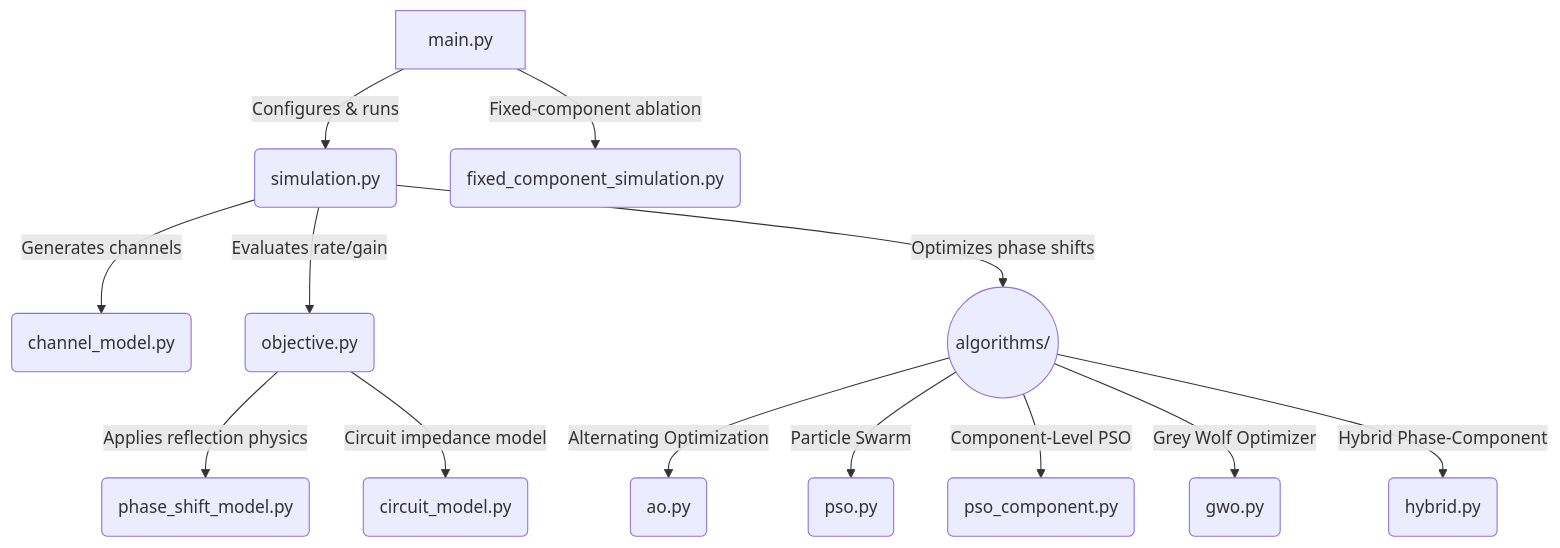
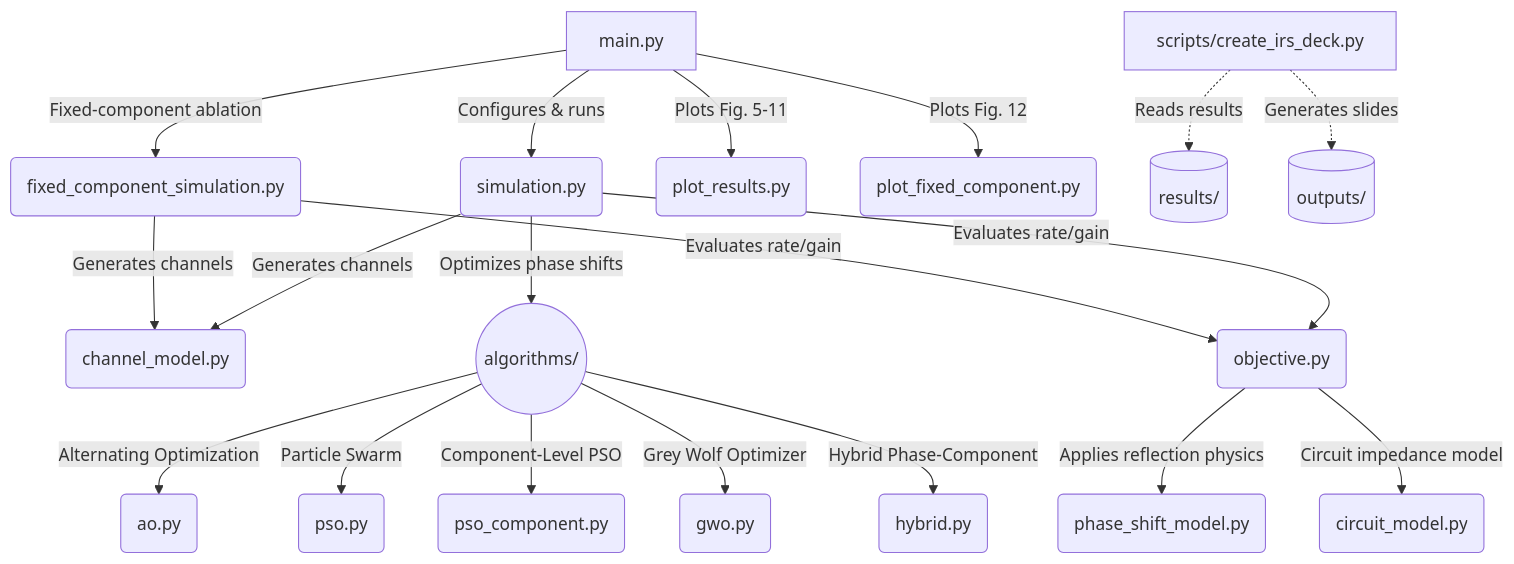
The diagram in README.md (tuankhai1/IRS-PHASE-SHIFT-OPTIMIZATION), drawn with Mermaid before and after one commit. The commit also changed other lines of this file, not shown here.

````diff
--- a/README.md
+++ b/README.md
@@ -322,18 +322,26 @@
 ```mermaid
 graph TD
     A[main.py] -->|Configures & runs| B(simulation.py)
     A -->|Fixed-component ablation| B2(fixed_component_simulation.py)
+    A -->|Plots Fig. 5-11| P(plot_results.py)
+    A -->|Plots Fig. 12| P2(plot_fixed_component.py)
 
     B -->|Generates channels| C(channel_model.py)
     B -->|Evaluates rate/gain| D(objective.py)
     B -->|Optimizes phase shifts| E((algorithms/))
+
+    B2 -->|Generates channels| C
+    B2 -->|Evaluates rate/gain| D
 
     D -->|Applies reflection physics| F(phase_shift_model.py)
     D -->|Circuit impedance model| F2(circuit_model.py)
 
     E -->|Alternating Optimization| G(ao.py)
     E -->|Particle Swarm| H(pso.py)
     E -->|Component-Level PSO| H2(pso_component.py)
     E -->|Grey Wolf Optimizer| I(gwo.py)
     E -->|Hybrid Phase-Component| J(hybrid.py)
+
+    S1[scripts/create_irs_deck.py] -.->|Reads results| R[(results/)]
+    S1 -.->|Generates slides| O[(outputs/)]
 ```
````
